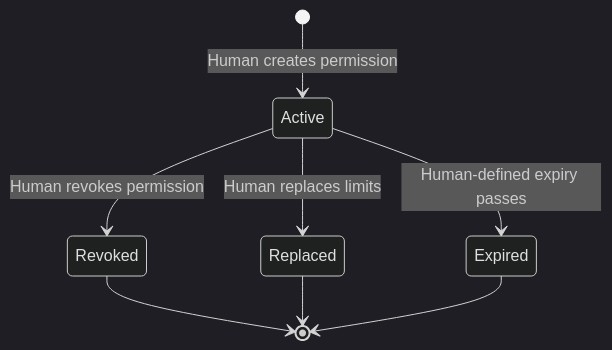
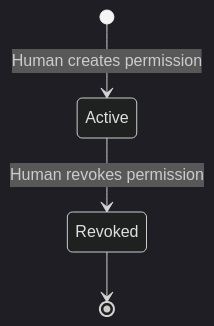
One commit to kpsuperplane/Noema changed diagram 27 of 29 in docs/superpowers/plans/2026-08-08-noema-practical-reliability-roadmap.md. Above: the diagram before and after it, drawn with Mermaid (dark theme). The commit also changed other lines of this file, not shown here.

Commit message:
docs: simplify reliability roadmap

````diff
--- a/docs/superpowers/plans/2026-08-08-noema-practical-reliability-roadmap.md
+++ b/docs/superpowers/plans/2026-08-08-noema-practical-reliability-roadmap.md
@@ -1680,10 +1474,6 @@
 ```mermaid
 stateDiagram-v2
     [*] --> Active: Human creates permission
     Active --> Revoked: Human revokes permission
-    Active --> Replaced: Human replaces limits
-    Active --> Expired: Human-defined expiry passes
     Revoked --> [*]
-    Replaced --> [*]
-    Expired --> [*]
 ```
````
